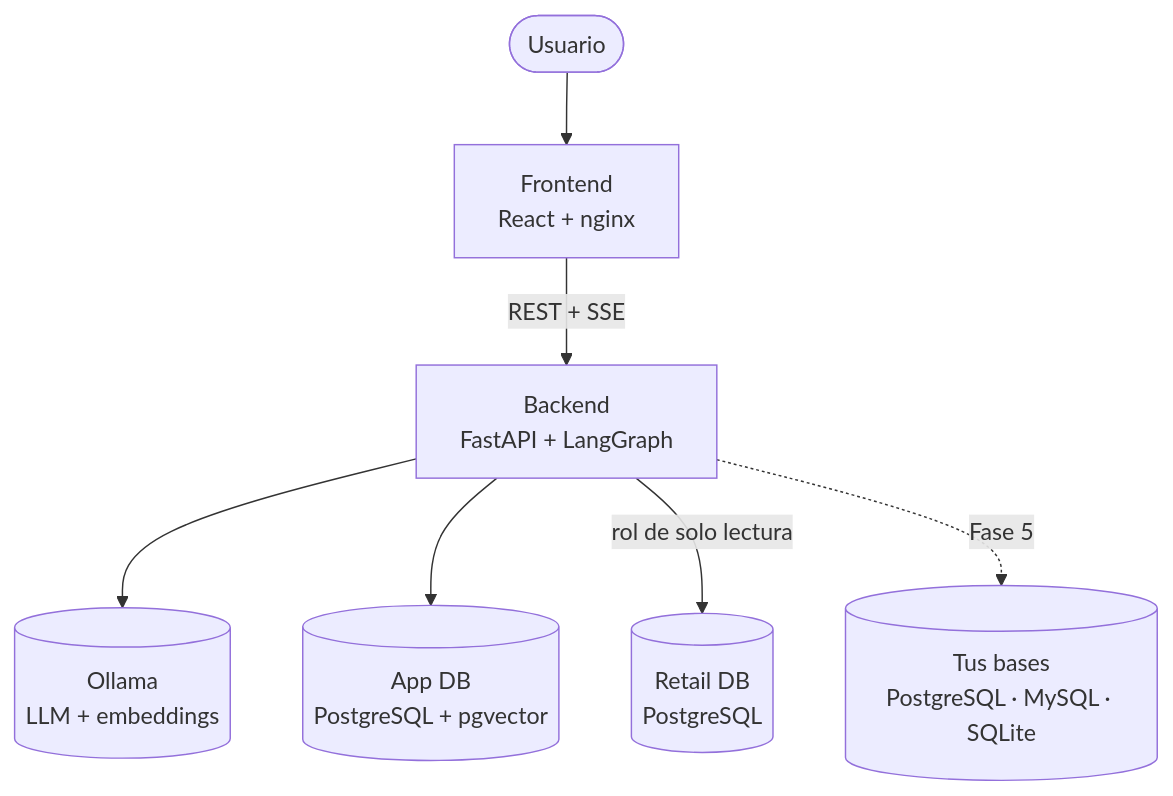
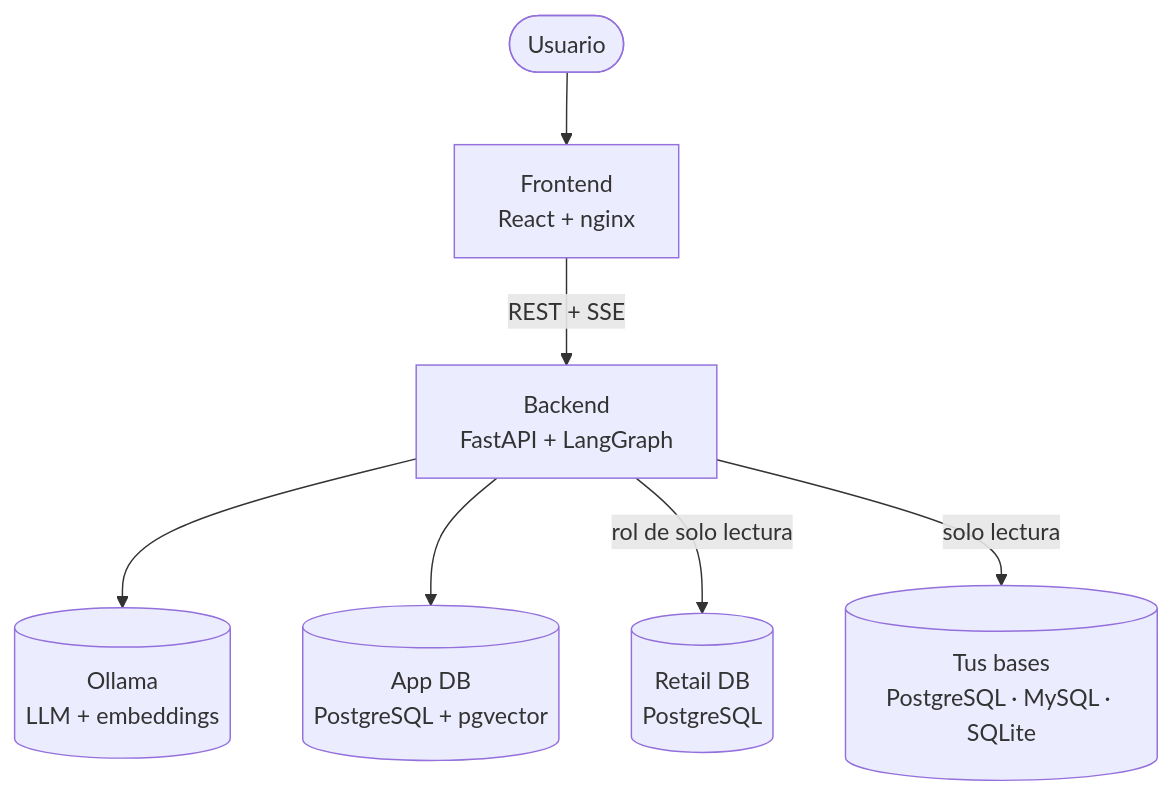
Before and after one commit to ErickEchea/Agente-aut-nomo-Text-to-SQL: the third of 3 diagrams in README.md, drawn with Mermaid. The commit also changed other lines of this file and 11 other files, not shown here.

Commit message:
docs: close phase 5 with ADR-0021 and updated architecture and READMEs

````diff
--- a/README.md
+++ b/README.md
@@ -268,9 +279,9 @@
 ```mermaid
 flowchart TB
     user([Usuario]) --> web[Frontend<br/>React + nginx]
     web -->|REST + SSE| api[Backend<br/>FastAPI + LangGraph]
     api --> ollama[(Ollama<br/>LLM + embeddings)]
     api --> appdb[(App DB<br/>PostgreSQL + pgvector)]
     api -->|rol de solo lectura| demo[(Retail DB<br/>PostgreSQL)]
-    api -.->|Fase 5| ext[(Tus bases<br/>PostgreSQL · MySQL · SQLite)]
+    api -->|solo lectura| ext[(Tus bases<br/>PostgreSQL · MySQL · SQLite)]
 ```
````
